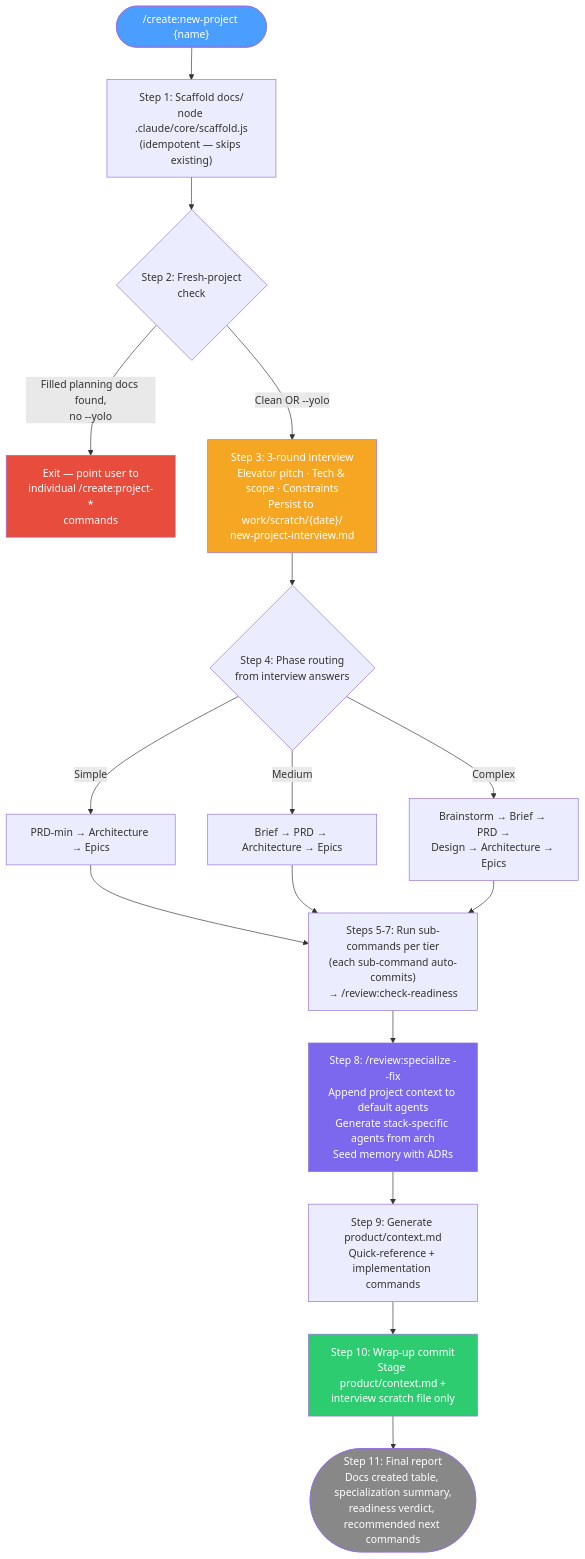
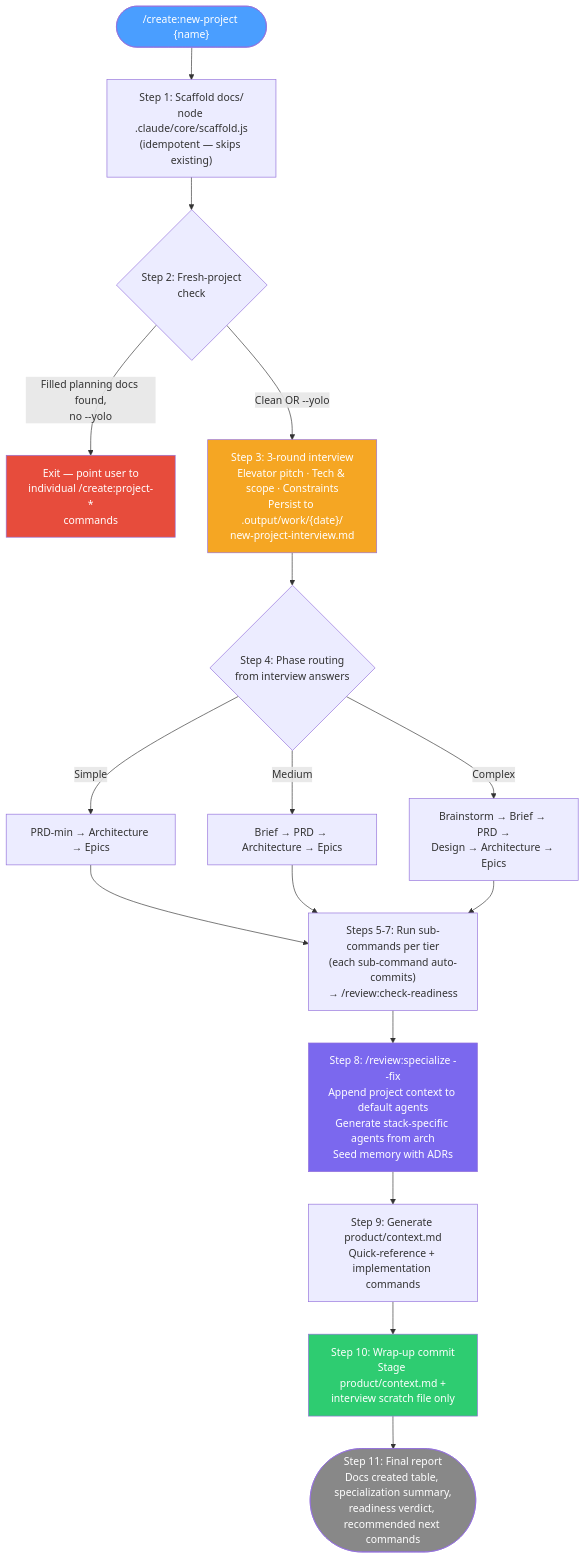
One commit to Domdhi/Agents.Domdhi changed diagram 11 of 37 in docs/reference/commands.md. Above: the diagram before and after it, drawn with Mermaid. The commit also changed other lines of this file and 28 other files, not shown here.

````diff
--- a/docs/reference/commands.md
+++ b/docs/reference/commands.md
@@ -551,35 +551,35 @@
 ```mermaid
 flowchart TD
     START(["/create:new-project {name}"]) --> SCAFFOLD["Step 1: Scaffold docs/\nnode .claude/core/scaffold.js\n(idempotent — skips existing)"]
     SCAFFOLD --> FRESH{Step 2: Fresh-project\ncheck}
     FRESH -->|Filled planning docs found,\nno --yolo| EXIT["Exit — point user to\nindividual /create:project-*\ncommands"]
     FRESH -->|Clean OR --yolo| INTERVIEW
 
-    INTERVIEW["Step 3: 3-round interview\nElevator pitch · Tech & scope · Constraints\nPersist to work/scratch/{date}/\nnew-project-interview.md"]
+    INTERVIEW["Step 3: 3-round interview\nElevator pitch · Tech & scope · Constraints\nPersist to .output/work/{date}/\nnew-project-interview.md"]
 
     INTERVIEW --> ROUTE{Step 4: Phase routing\nfrom interview answers}
     ROUTE -->|Simple| SIMPLE["PRD-min → Architecture → Epics"]
     ROUTE -->|Medium| MEDIUM["Brief → PRD → Architecture → Epics"]
     ROUTE -->|Complex| COMPLEX["Brainstorm → Brief → PRD →\nDesign → Architecture → Epics"]
 
     SIMPLE --> PLAN
     MEDIUM --> PLAN
     COMPLEX --> PLAN
 
     PLAN["Steps 5-7: Run sub-commands per tier\n(each sub-command auto-commits)\n→ /review:check-readiness"]
 
     PLAN --> SPECIALIZE["Step 8: /review:specialize --fix\nAppend project context to default agents\nGenerate stack-specific agents from arch\nSeed memory with ADRs"]
 
     SPECIALIZE --> CONTEXT["Step 9: Generate product/context.md\nQuick-reference + implementation commands"]
 
     CONTEXT --> COMMIT["Step 10: Wrap-up commit\nStage product/context.md +\ninterview scratch file only"]
 
     COMMIT --> REPORT(["Step 11: Final report\nDocs created table, specialization summary,\nreadiness verdict, recommended next commands"])
 
     style START fill:#4a9eff,color:#fff
     style EXIT fill:#e74c3c,color:#fff
     style INTERVIEW fill:#f5a623,color:#fff
     style SPECIALIZE fill:#7b68ee,color:#fff
     style COMMIT fill:#2ecc71,color:#fff
     style REPORT fill:#888,color:#fff
 ```
````
